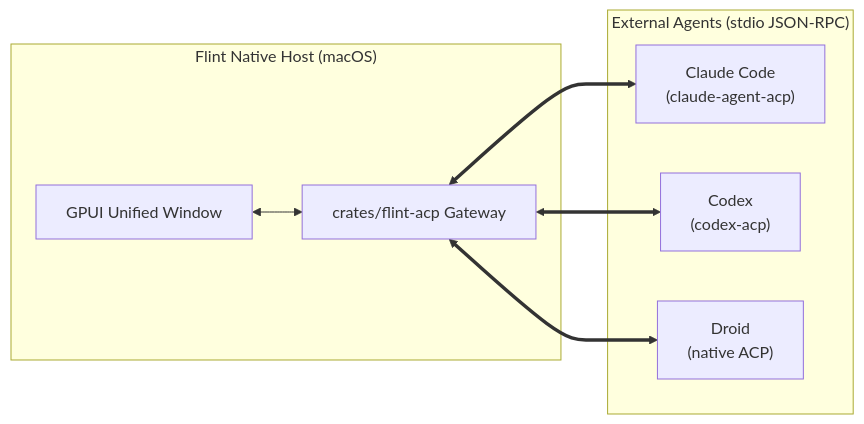
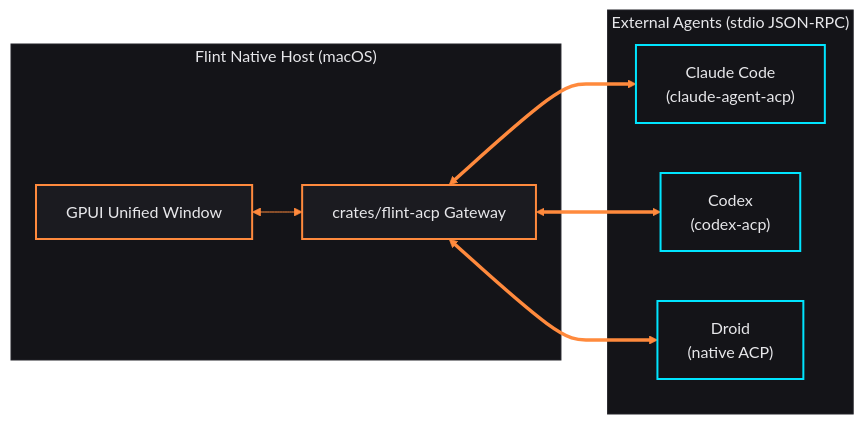
The third of 4 diagrams in README.md (DevvGwardo/flint), drawn with Mermaid before and after one commit. The commit also changed other lines of this file and 1 other file, not shown here.

Commit message:
docs: apply Hermes brand styling and themes to all Mermaid diagrams

````diff
--- a/README.md
+++ b/README.md
@@ -238,18 +286,44 @@
 ```mermaid
+%%{init: {
+  'theme': 'base',
+  'themeVariables': {
+    'darkMode': true,
+    'primaryColor': '#1b1b20',
+    'primaryTextColor': '#e7e7ea',
+    'primaryBorderColor': '#ff8a3d',
+    'lineColor': '#ff8a3d',
+    'secondaryColor': '#141418',
+    'tertiaryColor': '#0e0e10',
+    'mainBkg': '#141418',
+    'nodeBorder': '#ff8a3d',
+    'clusterBkg': '#141418',
+    'clusterBorder': '#222228',
+    'defaultLinkColor': '#ff8a3d',
+    'titleColor': '#e7e7ea',
+    'edgeLabelBackground': '#1b1b20'
+  }
+}}%%
 flowchart LR
+    classDef default fill:#141418,stroke:#222228,stroke-width:1.5px,color:#e7e7ea;
+    classDef ember fill:#1b1b20,stroke:#ff8a3d,stroke-width:2px,color:#e7e7ea;
+    classDef cyan fill:#141418,stroke:#00e5ff,stroke-width:2px,color:#e7e7ea;
+
     subgraph FlintApp ["Flint Native Host (macOS)"]
         UI["GPUI Unified Window"]
         Client["crates/flint-acp Gateway"]
         UI <--> Client
     end
 
     subgraph Agents ["External Agents (stdio JSON-RPC)"]
         Claude["Claude Code\n(claude-agent-acp)"]
         Codex["Codex\n(codex-acp)"]
         Droid["Droid\n(native ACP)"]
     end
 
     Client <==> Claude
     Client <==> Codex
     Client <==> Droid
+
+    class UI,Client ember;
+    class Claude,Codex,Droid cyan;
 ```
````
